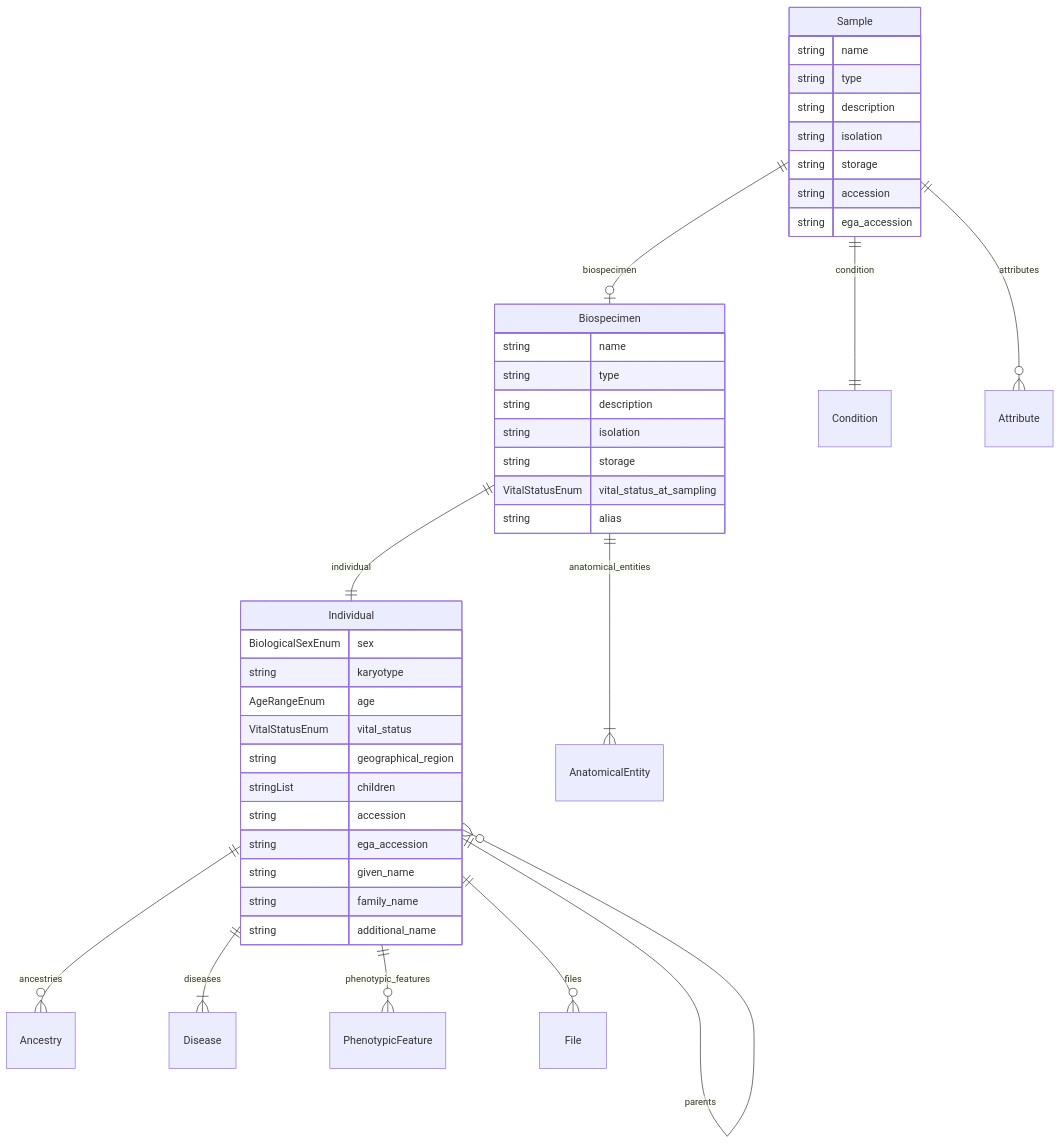
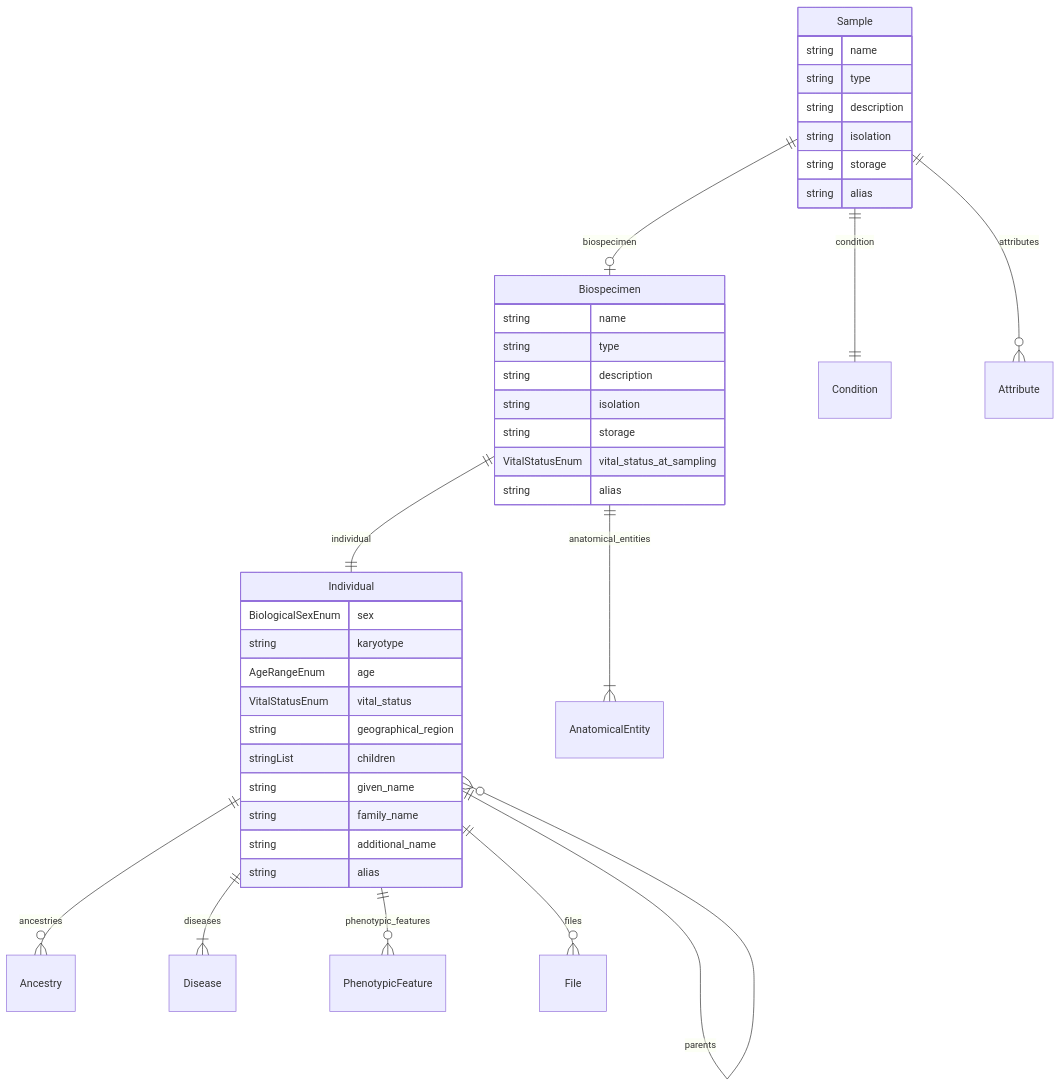
Before and after one commit to ghga-de/ghga-metadata-schema: the fifth of 7 diagrams in docs/entity_relations.md, drawn with Mermaid. The commit also changed other lines of this file and 14 other files, not shown here.

````diff
--- a/docs/entity_relations.md
+++ b/docs/entity_relations.md
@@ -228,46 +228,44 @@
 ```mermaid
 erDiagram
 Individual {
     BiologicalSexEnum sex  
     string karyotype  
     AgeRangeEnum age  
     VitalStatusEnum vital_status  
     string geographical_region  
     stringList children  
-    string accession  
-    string ega_accession  
     string given_name  
     string family_name  
     string additional_name  
+    string alias  
 }
 Biospecimen {
     string name  
     string type  
     string description  
     string isolation  
     string storage  
     VitalStatusEnum vital_status_at_sampling  
     string alias  
 }
 Sample {
     string name  
     string type  
     string description  
     string isolation  
     string storage  
-    string accession  
-    string ega_accession  
+    string alias  
 }
 
 Individual ||--}o Ancestry : "ancestries"
 Individual ||--}o Individual : "parents"
 Individual ||--}| Disease : "diseases"
 Individual ||--}o PhenotypicFeature : "phenotypic_features"
 Individual ||--}o File : "files"
 Biospecimen ||--|| Individual : "individual"
 Biospecimen ||--}| AnatomicalEntity : "anatomical_entities"
 Sample ||--|o Biospecimen : "biospecimen"
 Sample ||--|| Condition : "condition"
 Sample ||--}o Attribute : "attributes"
 
 ```
````
